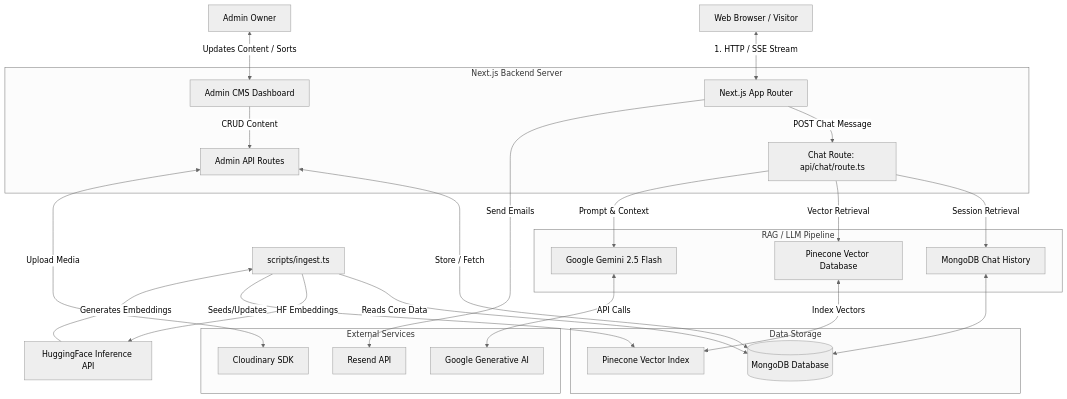
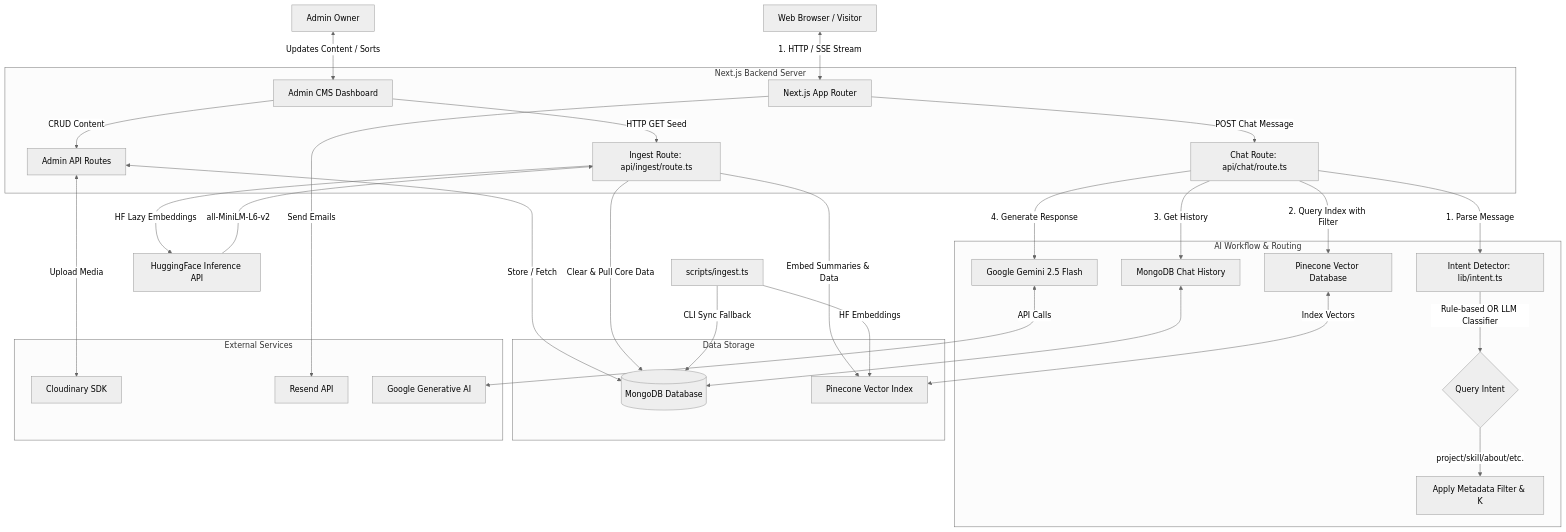
One commit to Sandeep-singh-99/Portfolio changed the diagram in README.md. Above: the diagram before and after it, drawn with Mermaid (neutral theme). The commit also changed other lines of this file, not shown here.

Commit message:
feat: update README to enhance AI assistant features and ingestion workflow details

````diff
--- a/README.md
+++ b/README.md
@@ -54,39 +55,46 @@
 ```mermaid
 graph TD
     %% User/Client Interaction
     User[Web Browser / Visitor] <-->|1. HTTP / SSE Stream| NextApp[Next.js App Router]
     Admin[Admin Owner] <-->|Updates Content / Sorts| NextAdmin[Admin CMS Dashboard]
 
     %% Next.js Core Routes
     subgraph NextServer [Next.js Backend Server]
         NextApp -->|POST Chat Message| ChatAPI[Chat Route: api/chat/route.ts]
         NextAdmin -->|CRUD Content| AdminAPIs[Admin API Routes]
+        NextAdmin -->|HTTP GET Seed| IngestAPI[Ingest Route: api/ingest/route.ts]
     end
 
-    %% RAG Pipeline Data Flow
-    subgraph RAG [RAG / LLM Pipeline]
-        ChatAPI -->|Session Retrieval| Memory[MongoDB Chat History]
-        ChatAPI -->|Vector Retrieval| VectorStore[Pinecone Vector Database]
-        ChatAPI -->|Prompt & Context| LLM[Google Gemini 2.5 Flash]
+    %% Intent Routing & RAG
+    subgraph AIWorkflow [AI Workflow & Routing]
+        ChatAPI -->|1. Parse Message| Intent[Intent Detector: lib/intent.ts]
+        Intent -->|Rule-based OR LLM Classifier| IntentType{Query Intent}
+        IntentType -->|project/skill/about/etc.| Filter[Apply Metadata Filter & K]
+        ChatAPI -->|2. Query Index with Filter| VectorStore[Pinecone Vector Database]
+        ChatAPI -->|3. Get History| Memory[MongoDB Chat History]
+        ChatAPI -->|4. Generate Response| LLM[Google Gemini 2.5 Flash]
     end
 
     %% Databases
     subgraph Databases [Data Storage]
         AdminAPIs <-->|Store / Fetch| MongoDB[(MongoDB Database)]
         Memory <--> MongoDB
         VectorStore <-->|Index Vectors| PineconeIndex[Pinecone Vector Index]
     end
 
     %% External Services
     subgraph Services [External Services]
         AdminAPIs <-->|Upload Media| Cloudinary[Cloudinary SDK]
         NextApp -->|Send Emails| Resend[Resend API]
         LLM <-->|API Calls| GeminiAPI[Google Generative AI]
     end
 
-    %% Ingestion Script
-    IngestScript[scripts/ingest.ts] -->|Reads Core Data| MongoDB
-    IngestScript -->|HF Embeddings| HF[HuggingFace Inference API]
-    HF -->|Generates Embeddings| IngestScript
-    IngestScript -->|Seeds/Updates| PineconeIndex
+    %% Ingestion Sync
+    IngestAPI -->|Clear & Pull Core Data| MongoDB
+    IngestAPI -->|HF Lazy Embeddings| HF[HuggingFace Inference API]
+    HF -->|all-MiniLM-L6-v2| IngestAPI
+    IngestAPI -->|Embed Summaries & Data| PineconeIndex
+
+    IngestScript[scripts/ingest.ts] -->|CLI Sync Fallback| MongoDB
+    IngestScript -->|HF Embeddings| PineconeIndex
 ```
````
